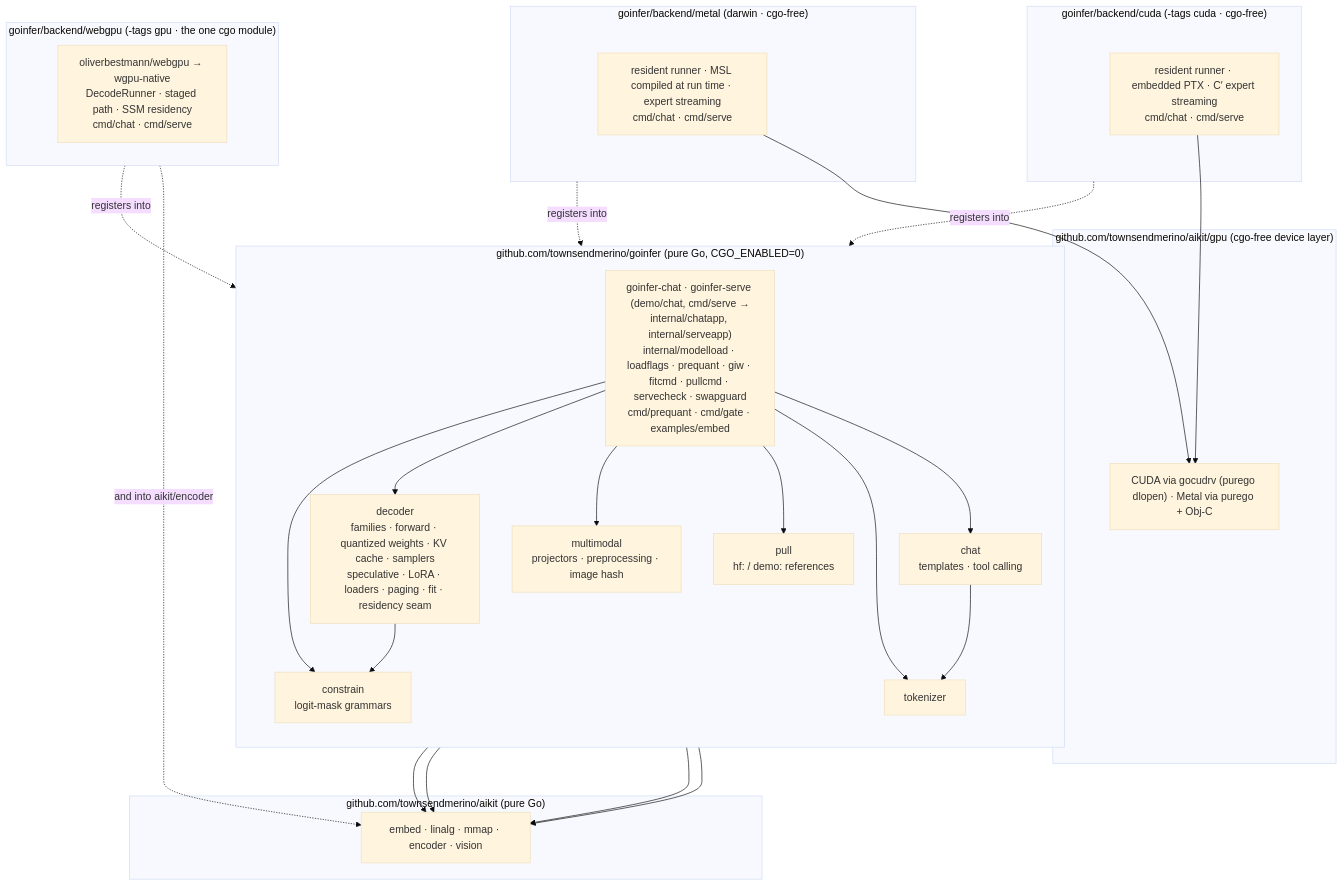
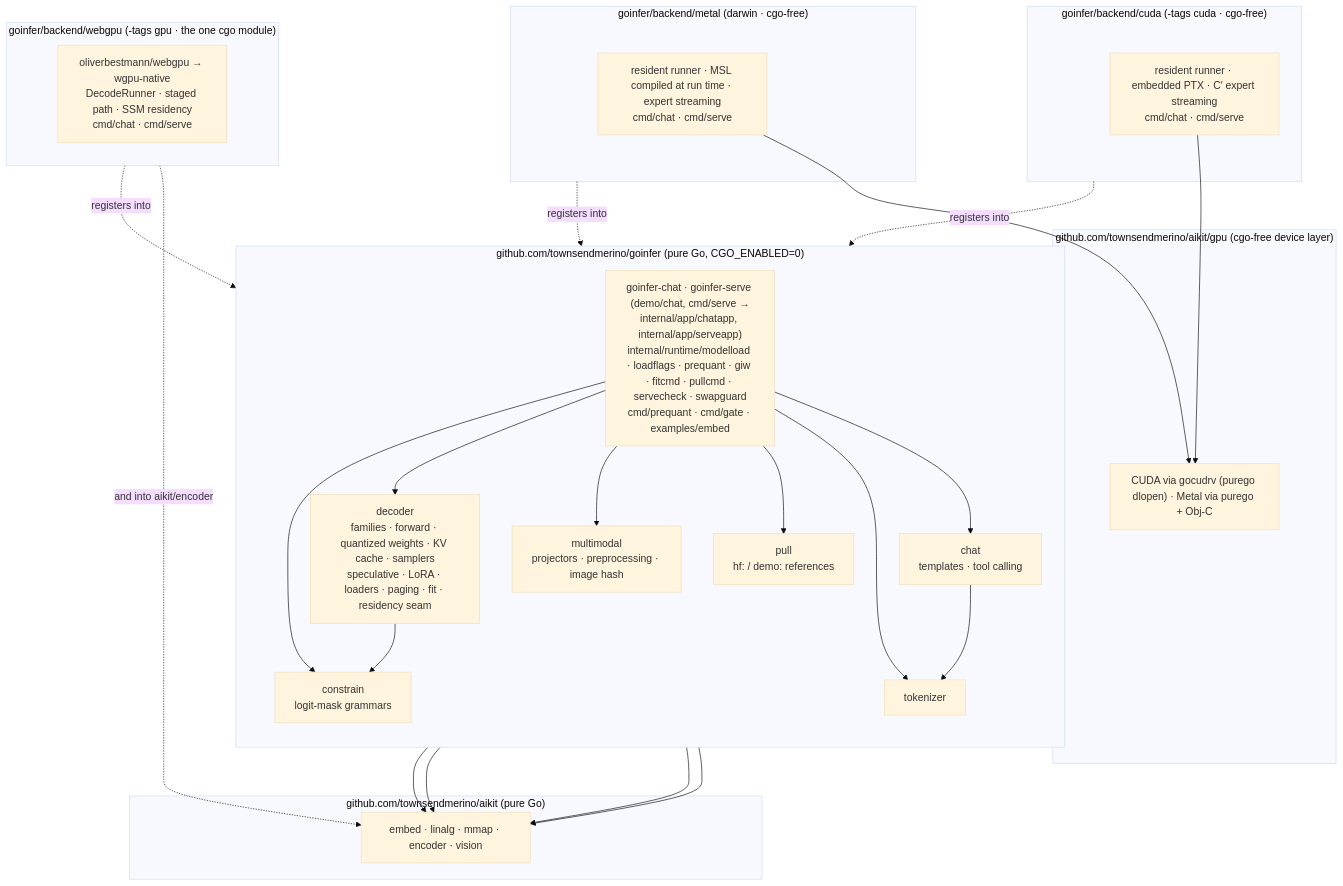
Before and after one commit to townsendmerino/goinfer: the fourth of 4 diagrams in docs/ARCHITECTURE.md, drawn with Mermaid (base theme). The commit also changed other lines of this file and 1081 other files, not shown here.

````diff
--- a/docs/ARCHITECTURE.md
+++ b/docs/ARCHITECTURE.md
@@ -921,46 +921,46 @@
 ```mermaid
 flowchart TB
   subgraph ROOT["github.com/townsendmerino/goinfer  (pure Go, CGO_ENABLED=0)"]
     direction TB
-    APPS["goinfer-chat · goinfer-serve  (demo/chat, cmd/serve → internal/chatapp, internal/serveapp)<br/>internal/modelload · loadflags · prequant · giw · fitcmd · pullcmd · servecheck · swapguard<br/>cmd/prequant · cmd/gate · examples/embed"]
+    APPS["goinfer-chat · goinfer-serve  (demo/chat, cmd/serve → internal/app/chatapp, internal/app/serveapp)<br/>internal/runtime/modelload · loadflags · prequant · giw · fitcmd · pullcmd · servecheck · swapguard<br/>cmd/prequant · cmd/gate · examples/embed"]
     DEC["decoder<br/>families · forward · quantized weights · KV cache · samplers<br/>speculative · LoRA · loaders · paging · fit · residency seam"]
     TKN["tokenizer"]
     CHT["chat<br/>templates · tool calling"]
     CON["constrain<br/>logit-mask grammars"]
     MM["multimodal<br/>projectors · preprocessing · image hash"]
     PULL["pull<br/>hf: / demo: references"]
     APPS --> DEC
     APPS --> CHT
     APPS --> CON
     APPS --> MM
     APPS --> PULL
     APPS --> TKN
     DEC --> CON
     CHT --> TKN
   end
   subgraph AIKIT["github.com/townsendmerino/aikit  (pure Go)"]
     AK["embed · linalg · mmap · encoder · vision"]
   end
   subgraph AIKITGPU["github.com/townsendmerino/aikit/gpu  (cgo-free device layer)"]
     AG["CUDA via gocudrv (purego dlopen) · Metal via purego + Obj-C"]
   end
   subgraph CUDA["goinfer/backend/cuda  (-tags cuda · cgo-free)"]
     CU["resident runner · embedded PTX · C′ expert streaming<br/>cmd/chat · cmd/serve"]
   end
   subgraph METAL["goinfer/backend/metal  (darwin · cgo-free)"]
     MT["resident runner · MSL compiled at run time · expert streaming<br/>cmd/chat · cmd/serve"]
   end
   subgraph GPU["goinfer/backend/webgpu  (-tags gpu · the one cgo module)"]
     WG["oliverbestmann/webgpu → wgpu-native<br/>DecodeRunner · staged path · SSM residency<br/>cmd/chat · cmd/serve"]
   end
   DEC --> AK
   TKN --> AK
   MM --> AK
   APPS --> AK
   CU --> AG
   MT --> AG
   CUDA -. "registers into" .-> DEC
   METAL -. "registers into" .-> DEC
   GPU -. "registers into" .-> DEC
   GPU -. "and into aikit/encoder" .-> AK
 ```
````
